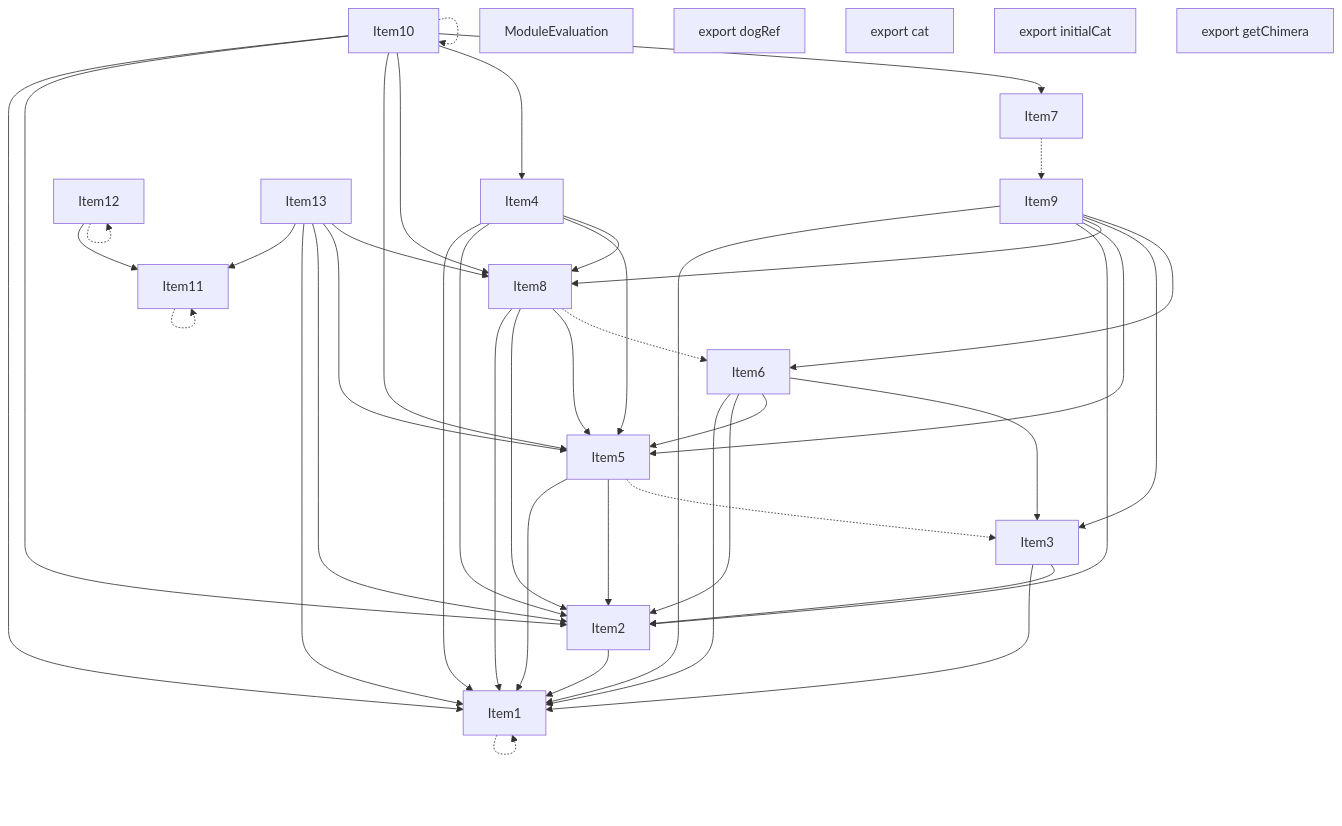
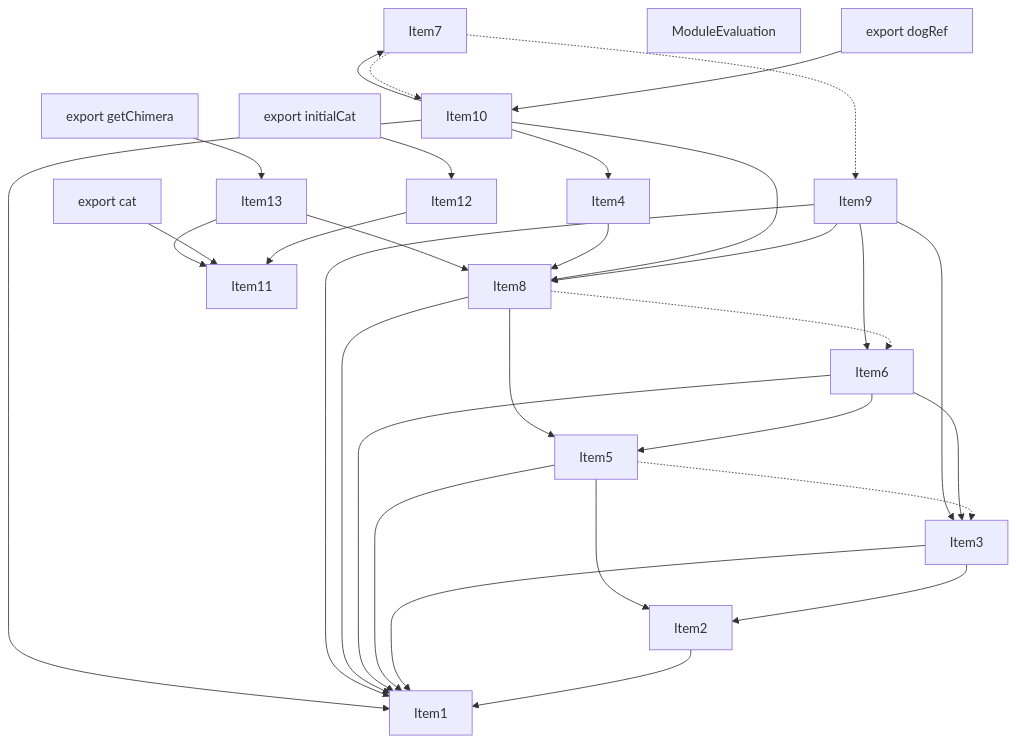
One commit to darkred/turbo changed the third of 5 diagrams in crates/turbopack-ecmascript/tests/tree-shaker/analyzer/complex/output.md. Above: the diagram before and after it, drawn with Mermaid. The commit also changed other lines of this file and 22 other files, not shown here.

````diff
--- a/crates/turbopack-ecmascript/tests/tree-shaker/analyzer/complex/output.md
+++ b/crates/turbopack-ecmascript/tests/tree-shaker/analyzer/complex/output.md
@@ -239,67 +233,56 @@
 ```mermaid
 graph TD
     Item1;
     Item2;
     Item3;
     Item4;
     Item5;
     Item6;
     Item7;
     Item8;
     Item9;
     Item10;
     Item11;
     Item12;
     Item13;
     Item14;
     Item14["ModuleEvaluation"];
     Item15;
     Item15["export dogRef"];
     Item16;
     Item16["export cat"];
     Item17;
     Item17["export initialCat"];
     Item18;
     Item18["export getChimera"];
-    Item1 -.-> Item1;
     Item2 --> Item1;
+    Item3 --> Item2;
     Item3 --> Item1;
-    Item3 --> Item2;
+    Item5 --> Item2;
     Item5 --> Item1;
-    Item5 --> Item2;
     Item5 -.-> Item3;
+    Item6 --> Item5;
     Item6 --> Item1;
-    Item6 --> Item2;
-    Item6 --> Item5;
     Item6 --> Item3;
+    Item8 --> Item5;
     Item8 --> Item1;
-    Item8 --> Item2;
-    Item8 --> Item5;
     Item8 -.-> Item6;
+    Item9 --> Item8;
     Item9 --> Item1;
-    Item9 --> Item2;
-    Item9 --> Item5;
-    Item9 --> Item8;
     Item9 --> Item3;
     Item9 --> Item6;
+    Item10 --> Item8;
     Item10 --> Item1;
-    Item10 --> Item2;
-    Item10 --> Item5;
-    Item10 --> Item8;
     Item10 --> Item4;
     Item10 --> Item7;
-    Item10 -.-> Item10;
-    Item11 -.-> Item11;
     Item12 --> Item11;
-    Item12 -.-> Item12;
-    Item4 --> Item1;
-    Item4 --> Item2;
-    Item4 --> Item5;
+    Item15 --> Item10;
+    Item16 --> Item11;
+    Item17 --> Item12;
+    Item18 --> Item13;
     Item4 --> Item8;
     Item7 -.-> Item9;
+    Item7 -.-> Item10;
     Item13 --> Item11;
-    Item13 --> Item1;
-    Item13 --> Item2;
-    Item13 --> Item5;
     Item13 --> Item8;
 ```
````
